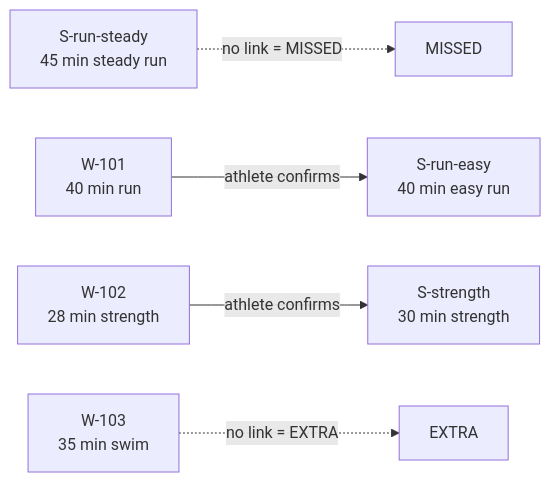
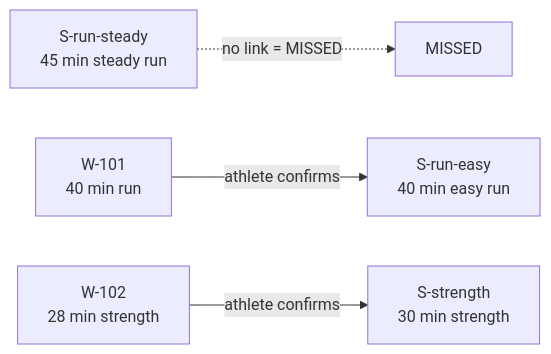
The second of 4 diagrams in docs/design/first-week-evaluator.md (tinips/adaptive_training_coach), drawn with Mermaid before and after one commit. The commit also changed other lines of this file and 9 other files, not shown here.

````diff
--- a/docs/design/first-week-evaluator.md
+++ b/docs/design/first-week-evaluator.md
@@ -120,14 +127,12 @@
 ```mermaid
 flowchart LR
     S1["S-run-easy<br/>40 min easy run"]
     S2["S-run-steady<br/>45 min steady run"]
     S3["S-strength<br/>30 min strength"]
     W1["W-101<br/>40 min run"]
     W2["W-102<br/>28 min strength"]
-    W3["W-103<br/>35 min swim"]
 
     W1 -- "athlete confirms" --> S1
     W2 -- "athlete confirms" --> S3
     S2 -. "no link = MISSED" .-> M["MISSED"]
-    W3 -. "no link = EXTRA" .-> E["EXTRA"]
 ```
````
